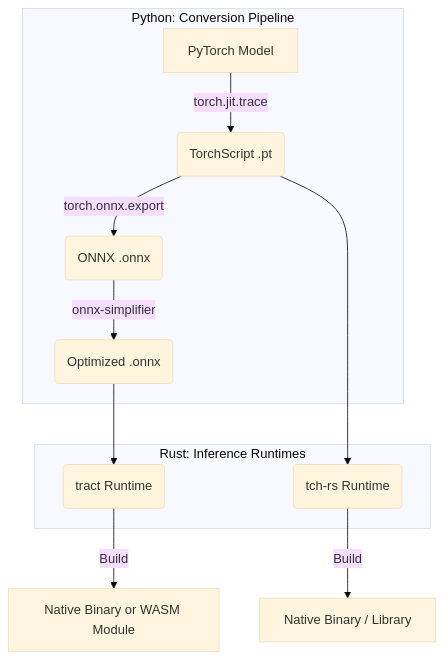
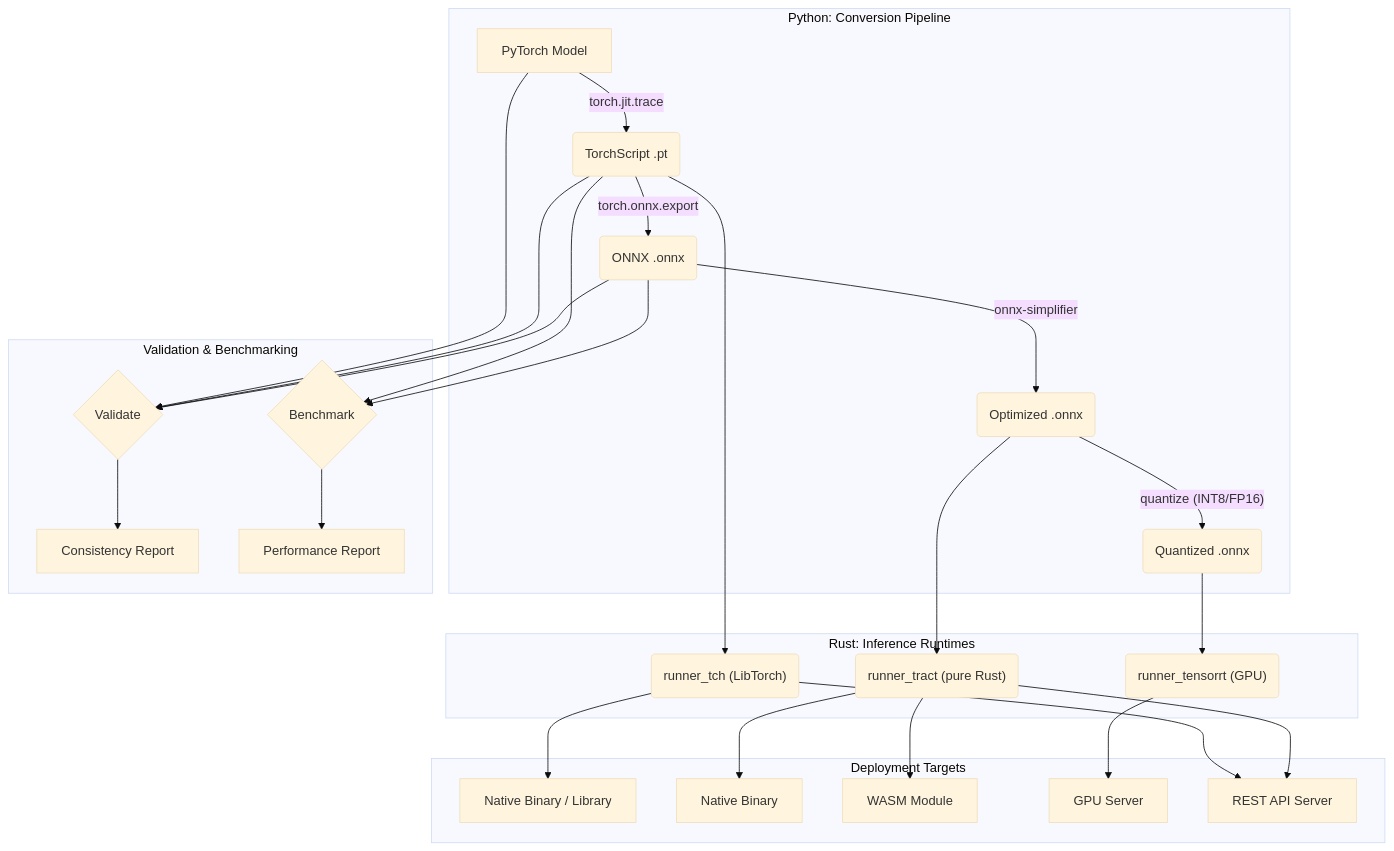
The first of 2 diagrams in docs/architecture.md (OnePunchMonk/Oxidized-Vision), drawn with Mermaid (base theme) before and after one commit. The commit also changed other lines of this file and 55 other files, not shown here.

Commit message:
feat: Establish the initial OxidizedVision project structure, including a Python client, Rust runtime with various backends, CI/CD workflows, and ONNX model optimization capabilities.

````diff
--- a/docs/architecture.md
+++ b/docs/architecture.md
@@ -16,16 +18,34 @@
 ```mermaid
 graph TD
     subgraph "Python: Conversion Pipeline"
         A[PyTorch Model] -- "torch.jit.trace" --> B(TorchScript .pt);
         B -- "torch.onnx.export" --> C(ONNX .onnx);
         C -- "onnx-simplifier" --> D(Optimized .onnx);
+        D -- "quantize (INT8/FP16)" --> E(Quantized .onnx);
+    end
+
+    subgraph "Validation & Benchmarking"
+        A --> V{Validate};
+        B --> V;
+        C --> V;
+        V --> R[Consistency Report];
+        B --> BM{Benchmark};
+        C --> BM;
+        BM --> P[Performance Report];
     end
 
     subgraph "Rust: Inference Runtimes"
-        B --> E("tch-rs Runtime");
-        D --> F("tract Runtime");
+        B --> RT1("runner_tch (LibTorch)");
+        D --> RT2("runner_tract (pure Rust)");
+        E --> RT3("runner_tensorrt (GPU)");
     end
 
-    E -- "Build" --> G[Native Binary / Library];
-    F -- "Build" --> H[Native Binary or WASM Module];
+    subgraph "Deployment Targets"
+        RT1 --> G[Native Binary / Library];
+        RT2 --> H[Native Binary];
+        RT2 --> I[WASM Module];
+        RT3 --> J[GPU Server];
+        RT1 --> K[REST API Server];
+        RT2 --> K;
+    end
 ```
````
